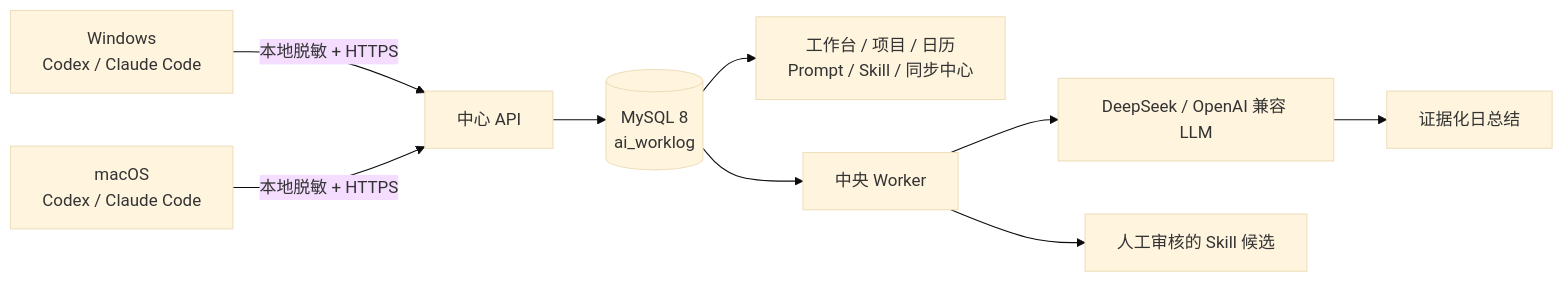
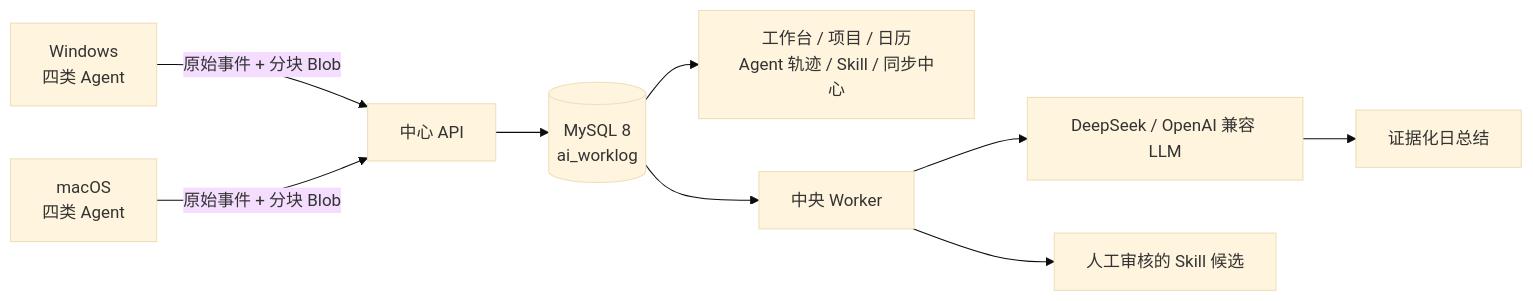
One commit to bjz001/ai-worklog changed the diagram in README.md. Above: the diagram before and after it, drawn with Mermaid (base theme). The commit also changed other lines of this file and 125 other files, not shown here.

````diff
--- a/README.md
+++ b/README.md
@@ -5,11 +5,11 @@
 ```mermaid
 flowchart LR
-  W["Windows<br/>Codex / Claude Code"] -->|"本地脱敏 + HTTPS"| A["中心 API"]
-  M["macOS<br/>Codex / Claude Code"] -->|"本地脱敏 + HTTPS"| A
+  W["Windows<br/>四类 Agent"] -->|"原始事件 + 分块 Blob"| A["中心 API"]
+  M["macOS<br/>四类 Agent"] -->|"原始事件 + 分块 Blob"| A
   A --> D[("MySQL 8<br/>ai_worklog")]
-  D --> U["工作台 / 项目 / 日历<br/>Prompt / Skill / 同步中心"]
+  D --> U["工作台 / 项目 / 日历<br/>Agent 轨迹 / Skill / 同步中心"]
   D --> K["中央 Worker"]
   K --> L["DeepSeek / OpenAI 兼容 LLM"]
   L --> S["证据化日总结"]
   K --> S2["人工审核的 Skill 候选"]
 ```
````
